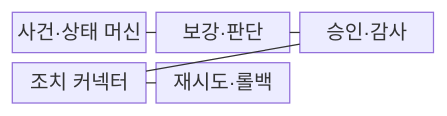
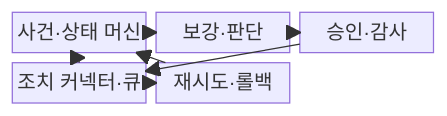
One commit to agnusdei1207/knowledge-base changed the first of 2 diagrams in src/content/docs/notes/05-security/036_soar.md. Above: the diagram before and after it, drawn with Mermaid. The commit also changed other lines of this file and 20 other files, not shown here.

````diff
--- a/src/content/docs/notes/05-security/036_soar.md
+++ b/src/content/docs/notes/05-security/036_soar.md
@@ -52,13 +52,15 @@
 ```mermaid
-block-beta
+block
   columns 3
   A["사건·상태 머신"]
   B["보강·판단"]
   C["승인·감사"]
-  D["조치 커넥터"]
+  D["조치 커넥터·큐"]
   E["재시도·롤백"]
-    A --- B
-    B --- C
-    C --- D
-    D --- E
+    A --> B
+    B --> C
+    C --> D
+    D --> A
+    E --> D
+    E --> A
 ```
````
